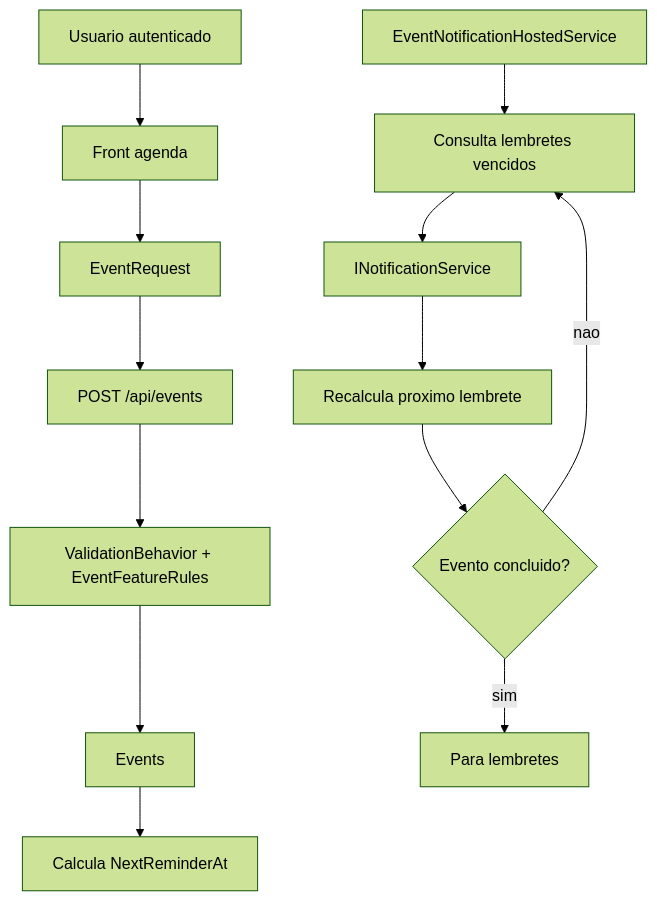
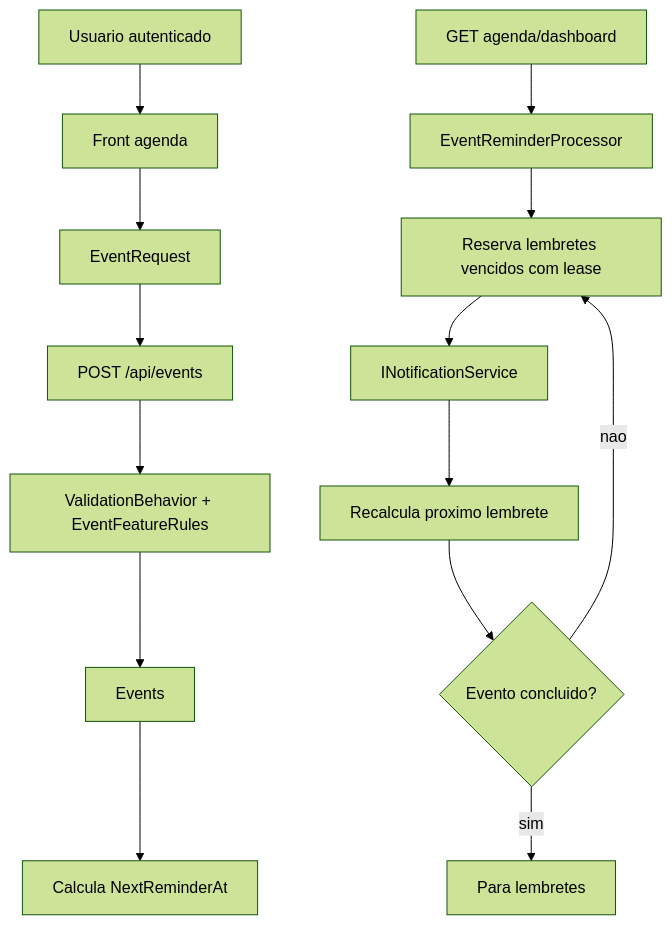
One commit to Hemodinks/hemodinks-api changed the third of 6 diagrams in docs/TECHNICAL_DOCUMENTATION.md. Above: the diagram before and after it, drawn with Mermaid (forest theme). The commit also changed other lines of this file and 21 other files, not shown here.

````diff
--- a/docs/TECHNICAL_DOCUMENTATION.md
+++ b/docs/TECHNICAL_DOCUMENTATION.md
@@ -161,15 +202,16 @@
 ```mermaid
 flowchart TD
     User[Usuario autenticado] --> Calendar[Front agenda]
     Calendar --> Payload[EventRequest]
     Payload --> Create[POST /api/events]
     Create --> Validate[ValidationBehavior + EventFeatureRules]
     Validate --> Persist[Events]
     Persist --> Next[Calcula NextReminderAt]
-    Worker[EventNotificationHostedService] --> Due[Consulta lembretes vencidos]
+    Query[GET agenda/dashboard] --> Worker[EventReminderProcessor]
+    Worker --> Due[Reserva lembretes vencidos com lease]
     Due --> Notify[INotificationService]
     Notify --> Recalc[Recalcula proximo lembrete]
     Recalc --> Complete{Evento concluido?}
     Complete -- nao --> Due
     Complete -- sim --> Stop[Para lembretes]
 ```
````
